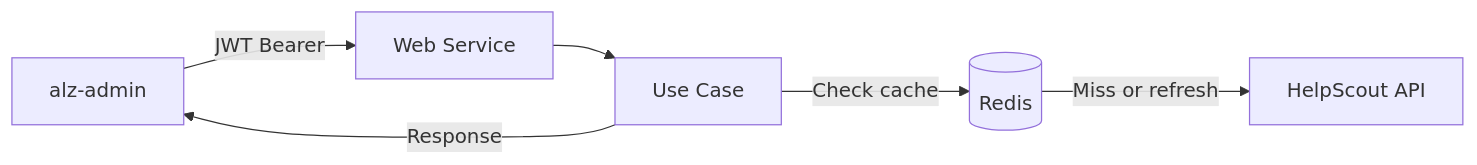
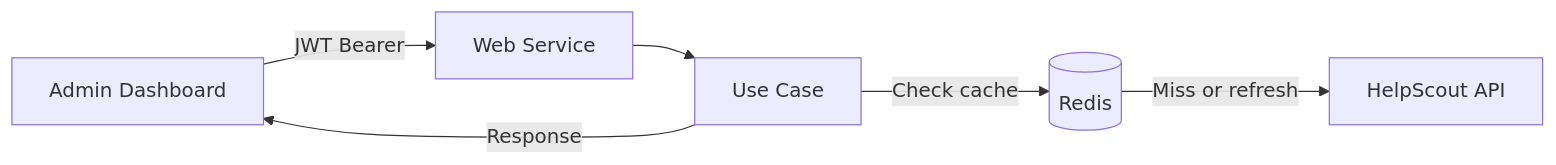
The sixth of 7 diagrams in docs/architecture-overview.md (alzproducts/alz-core), drawn with Mermaid before and after one commit. The commit also changed other lines of this file and 29 other files, not shown here.

````diff
--- a/docs/architecture-overview.md
+++ b/docs/architecture-overview.md
@@ -179,8 +179,8 @@
 ```mermaid
 flowchart LR
-    ADMIN[alz-admin] -->|"JWT Bearer"| WEB[Web Service]
+    ADMIN[Admin Dashboard] -->|"JWT Bearer"| WEB[Web Service]
     WEB --> UC[Use Case]
     UC -->|Check cache| CACHE[(Redis)]
     CACHE -->|Miss or refresh| HS[HelpScout API]
     UC -->|Response| ADMIN
 ```
````
